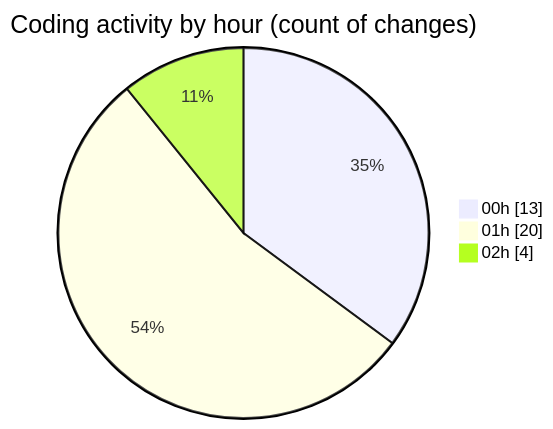
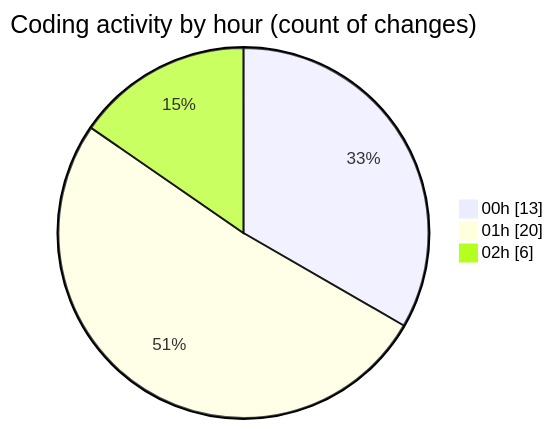
The second of 2 diagrams in 2025-09-09/hiai-phf/README.md (lephambinh05/code-tracking), drawn with Mermaid before and after one commit. The commit also changed other lines of this file and 1 other file, not shown here.

````diff
--- a/2025-09-09/hiai-phf/README.md
+++ b/2025-09-09/hiai-phf/README.md
@@ -46,7 +46,7 @@
 ```mermaid
 pie showData
 title Coding activity by hour (count of changes)
 "00h" : 13
 "01h" : 20
-"02h" : 4
+"02h" : 6
 ```
````
